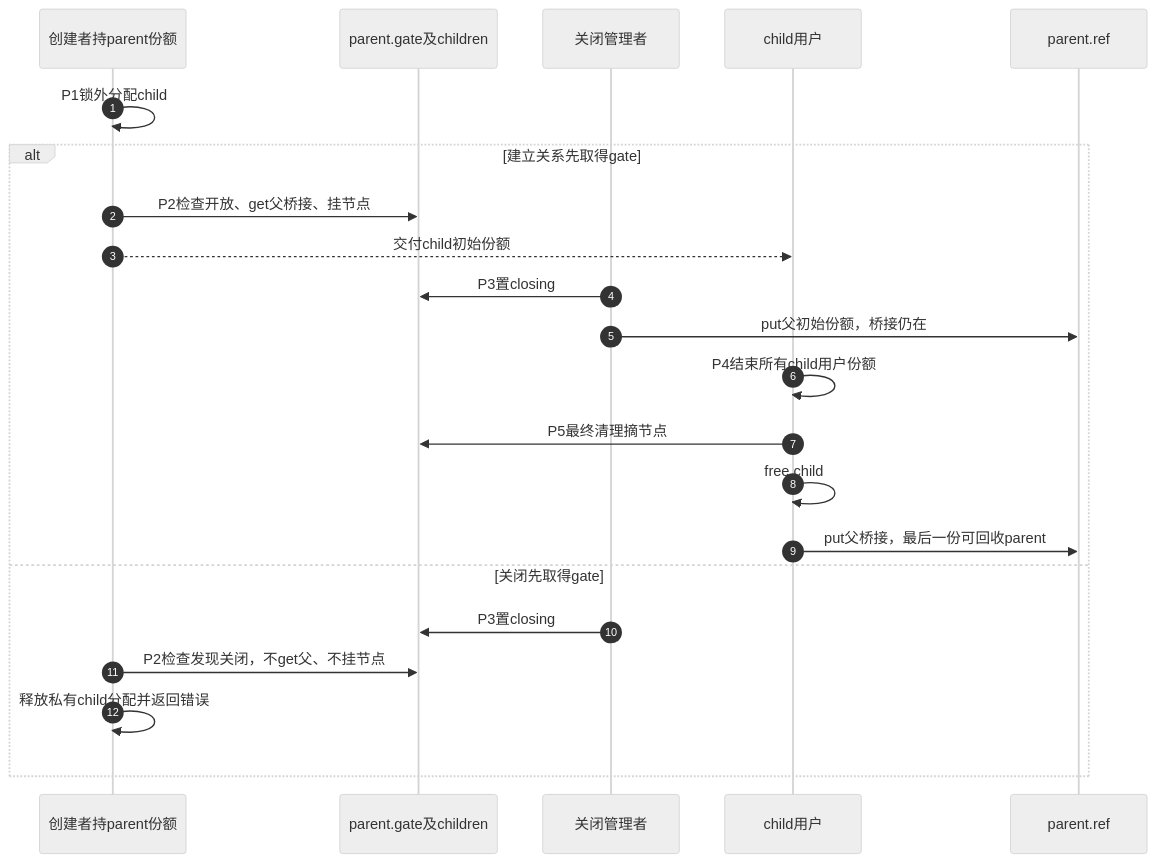
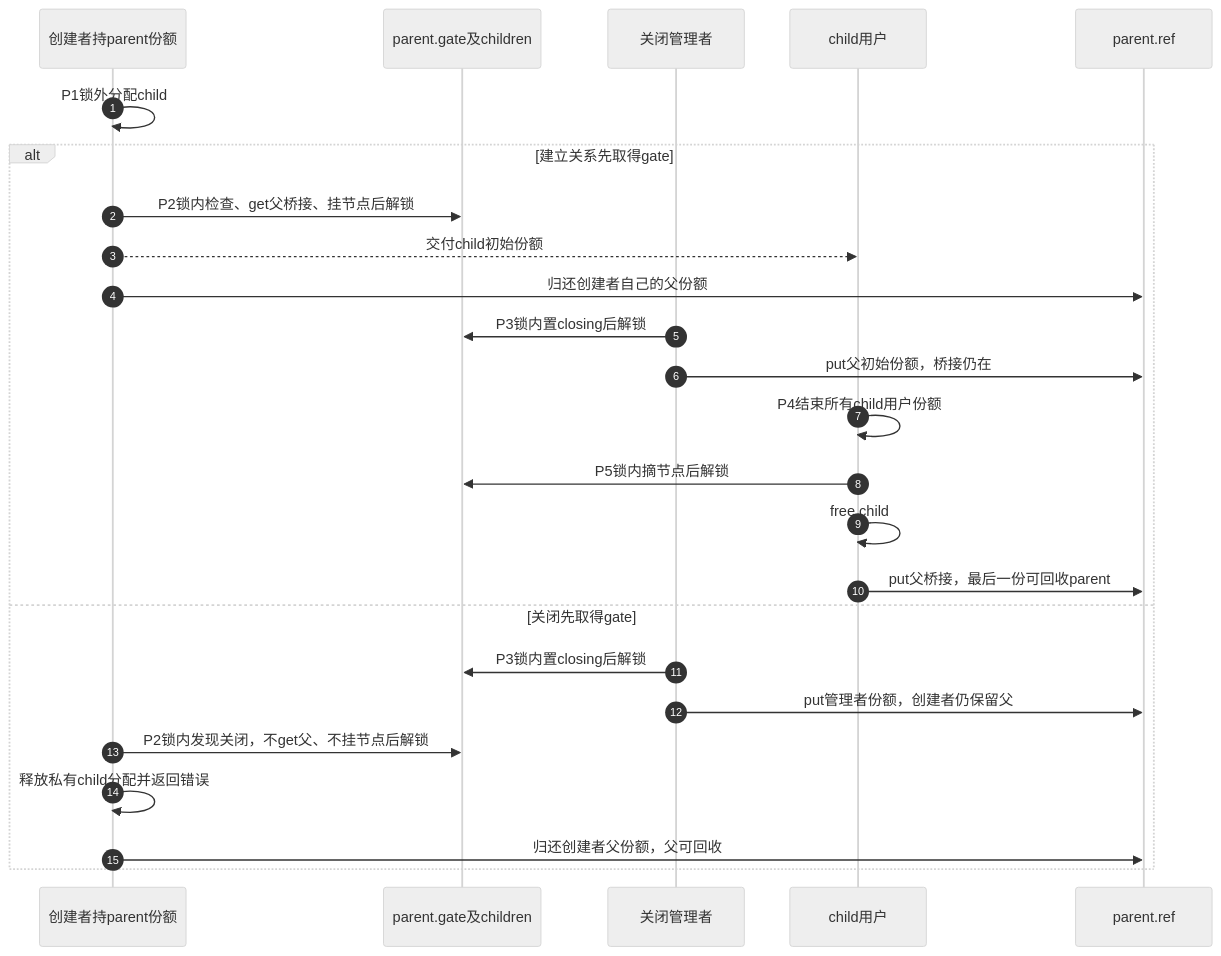
Before and after one commit to FormingSystem/linux_note: the second of 2 diagrams in knowledge/linux/object_lifetime/kref/P27_父子桥接与非拥有链表模板.md, drawn with Mermaid (neutral theme). The commit also changed other lines of this file, not shown here.

````diff
--- a/knowledge/linux/object_lifetime/kref/P27_父子桥接与非拥有链表模板.md
+++ b/knowledge/linux/object_lifetime/kref/P27_父子桥接与非拥有链表模板.md
@@ -48,24 +50,27 @@
 ```mermaid
 sequenceDiagram
     autonumber
     participant C as 创建者持parent份额
     participant G as parent.gate及children
     participant M as 关闭管理者
     participant U as child用户
     participant P as parent.ref
     C->>C: P1锁外分配child
     alt 建立关系先取得gate
-        C->>G: P2检查开放、get父桥接、挂节点
+        C->>G: P2锁内检查、get父桥接、挂节点后解锁
         C-->>U: 交付child初始份额
-        M->>G: P3置closing
+        C->>P: 归还创建者自己的父份额
+        M->>G: P3锁内置closing后解锁
         M->>P: put父初始份额，桥接仍在
         U->>U: P4结束所有child用户份额
-        U->>G: P5最终清理摘节点
+        U->>G: P5锁内摘节点后解锁
         U->>U: free child
         U->>P: put父桥接，最后一份可回收parent
     else 关闭先取得gate
-        M->>G: P3置closing
-        C->>G: P2检查发现关闭，不get父、不挂节点
+        M->>G: P3锁内置closing后解锁
+        M->>P: put管理者份额，创建者仍保留父
+        C->>G: P2锁内发现关闭，不get父、不挂节点后解锁
         C->>C: 释放私有child分配并返回错误
+        C->>P: 归还创建者父份额，父可回收
     end
 ```
````
